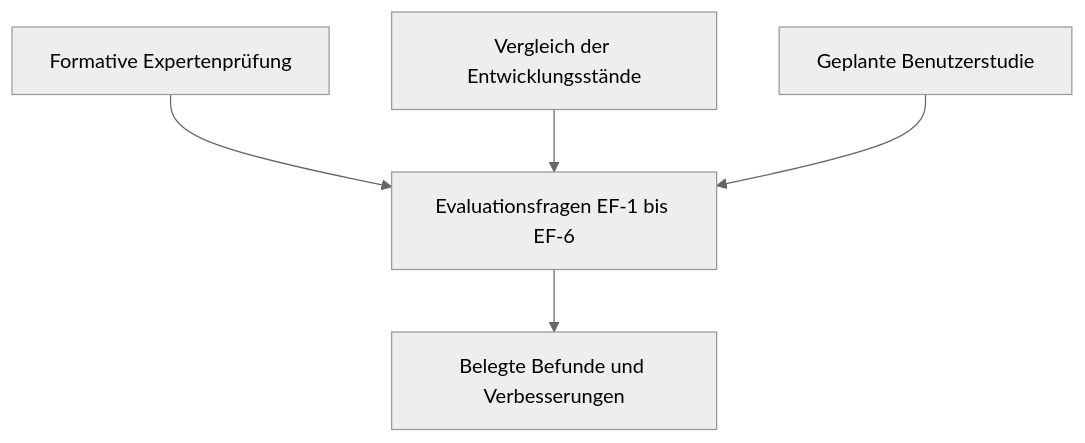
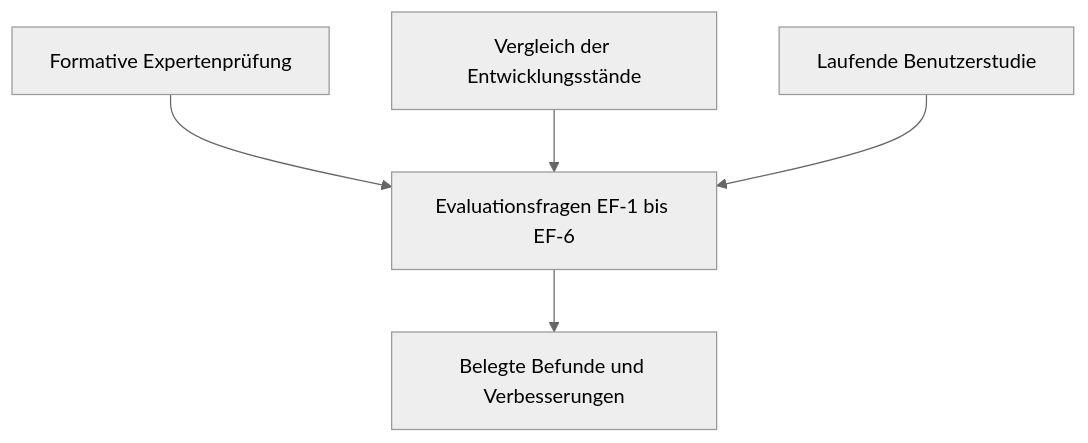
The first of 3 diagrams in docs/hci/HCI_EVALUATION.md (sammo3332/routing-simulator-hci-concept), drawn with Mermaid (neutral theme) before and after one commit. The commit also changed other lines of this file and 23 other files, not shown here.

````diff
--- a/docs/hci/HCI_EVALUATION.md
+++ b/docs/hci/HCI_EVALUATION.md
@@ -20,13 +20,13 @@
 ```mermaid
 flowchart TB
     UI["Formative Expertenprüfung"]
     DEV["Vergleich der Entwicklungsstände"]
-    STUDY["Geplante Benutzerstudie"]
+    STUDY["Laufende Benutzerstudie"]
     QUESTIONS["Evaluationsfragen EF-1 bis EF-6"]
     FINDINGS["Belegte Befunde und Verbesserungen"]
 
     UI --> QUESTIONS
     DEV --> QUESTIONS
     STUDY --> QUESTIONS
     QUESTIONS --> FINDINGS
 ```
````
